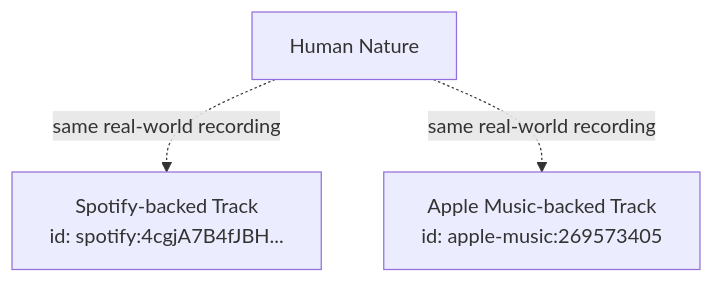
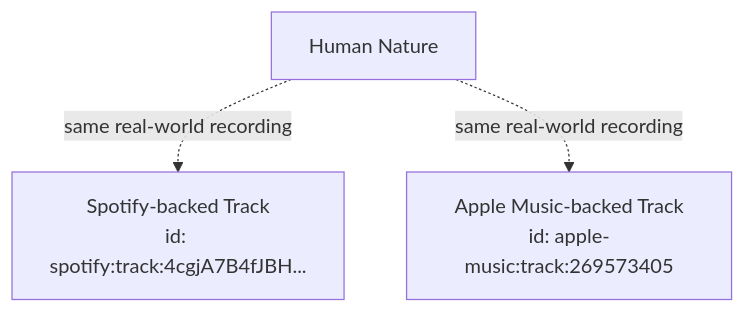
Before and after one commit to dombestein-data/resonance: the third of 7 diagrams in docs/architecture/providers.md, drawn with Mermaid. The commit also changed other lines of this file and 19 other files, not shown here.

````diff
--- a/docs/architecture/providers.md
+++ b/docs/architecture/providers.md
@@ -61,10 +61,10 @@
 ```mermaid
 flowchart TD
     H["Human Nature"]
 
-    S["Spotify-backed Track<br/>id: spotify:4cgjA7B4fJBH..."]
-    A["Apple Music-backed Track<br/>id: apple-music:269573405"]
+    S["Spotify-backed Track<br/>id: spotify:track:4cgjA7B4fJBH..."]
+    A["Apple Music-backed Track<br/>id: apple-music:track:269573405"]
 
     H -.->|"same real-world recording"| S
     H -.->|"same real-world recording"| A
 ```
````
